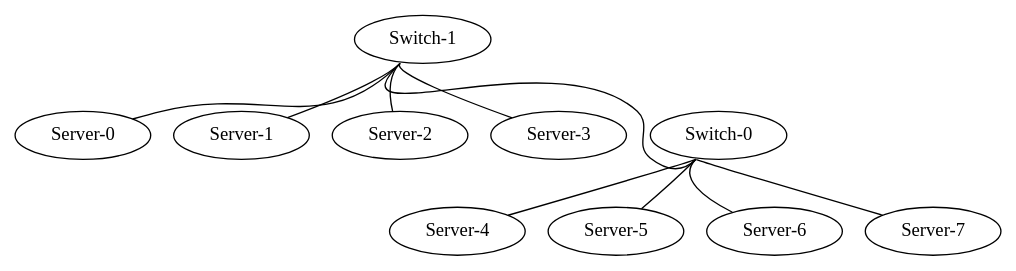
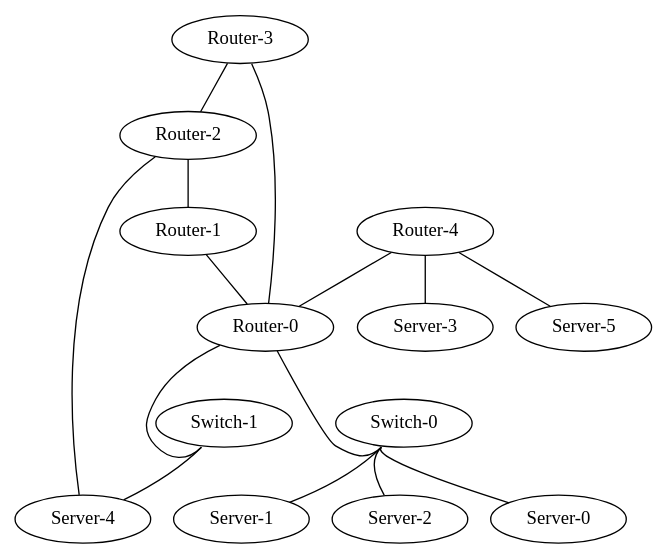
One commit to matferronato/TopologyGen changed the diagram in TopologyGen/TopologyInfo/topology.dot. Above: the diagram before and after it, drawn with Graphviz. The commit also changed 386 other files, not shown here.

```diff
--- a/TopologyGen/TopologyInfo/topology.dot
+++ b/TopologyGen/TopologyInfo/topology.dot
@@ -1,21 +1,29 @@
 graph vx {
+"Router-0" [function="leaf" vagrant="eth1" os="hashicorp/bionic64" version="1.0.282" memory="500" config="./helper_scripts/config_production_switch.sh" ]
+"Router-1" [function="leaf" vagrant="eth1" os="hashicorp/bionic64" version="1.0.282" memory="500" config="./helper_scripts/config_production_switch.sh" ]
+"Router-2" [function="leaf" vagrant="eth1" os="hashicorp/bionic64" version="1.0.282" memory="500" config="./helper_scripts/config_production_switch.sh" ]
+"Router-3" [function="leaf" vagrant="eth1" os="hashicorp/bionic64" version="1.0.282" memory="500" config="./helper_scripts/config_production_switch.sh" ]
+"Router-4" [function="leaf" vagrant="eth1" os="hashicorp/bionic64" version="1.0.282" memory="500" config="./helper_scripts/config_production_switch.sh" ]
 "Server-0" [function="leaf" vagrant="eth1" os="hashicorp/bionic64" version="1.0.282" memory="500" config="./helper_scripts/config_production_switch.sh" ]
 "Server-1" [function="leaf" vagrant="eth1" os="hashicorp/bionic64" version="1.0.282" memory="500" config="./helper_scripts/config_production_switch.sh" ]
 "Server-2" [function="leaf" vagrant="eth1" os="hashicorp/bionic64" version="1.0.282" memory="500" config="./helper_scripts/config_production_switch.sh" ]
 "Server-3" [function="leaf" vagrant="eth1" os="hashicorp/bionic64" version="1.0.282" memory="500" config="./helper_scripts/config_production_switch.sh" ]
 "Server-4" [function="leaf" vagrant="eth1" os="hashicorp/bionic64" version="1.0.282" memory="500" config="./helper_scripts/config_production_switch.sh" ]
 "Server-5" [function="leaf" vagrant="eth1" os="hashicorp/bionic64" version="1.0.282" memory="500" config="./helper_scripts/config_production_switch.sh" ]
-"Server-6" [function="leaf" vagrant="eth1" os="hashicorp/bionic64" version="1.0.282" memory="500" config="./helper_scripts/config_production_switch.sh" ]
-"Server-7" [function="leaf" vagrant="eth1" os="hashicorp/bionic64" version="1.0.282" memory="500" config="./helper_scripts/config_production_switch.sh" ]
 "Switch-0" [function="leaf" vagrant="eth1" os="hashicorp/bionic64" version="1.0.282" memory="500" config="./helper_scripts/config_production_switch.sh" ]
 "Switch-1" [function="leaf" vagrant="eth1" os="hashicorp/bionic64" version="1.0.282" memory="500" config="./helper_scripts/config_production_switch.sh" ]
-"Switch-0":"swp1" -- "Server-7":"eth50"
-"Switch-0":"swp2" -- "Server-6":"eth50"
-"Switch-0":"swp3" -- "Server-5":"eth50"
-"Switch-0":"swp4" -- "Server-4":"eth50"
-"Switch-1":"swp1" -- "Server-3":"eth50"
-"Switch-1":"swp2" -- "Server-2":"eth50"
-"Switch-1":"swp3" -- "Server-1":"eth50"
-"Switch-1":"swp4" -- "Server-0":"eth50"
-"Switch-1":"swp50" -- "Switch-0":"swp50"
+"Router-4":"eth1" -- "Server-5":"eth100"
+"Switch-1":"swp1" -- "Server-4":"eth50"
+"Switch-0":"swp1" -- "Server-2":"eth50"
+"Router-0":"eth50" -- "Switch-0":"swp100"
+"Switch-0":"swp2" -- "Server-1":"eth50"
+"Switch-0":"swp3" -- "Server-0":"eth50"
+"Router-0":"eth51" -- "Switch-1":"swp100"
+"Router-4":"eth100" -- "Router-0":"eth100"
+"Router-2":"eth1" -- "Server-4":"eth100"
+"Router-1":"eth100" -- "Router-0":"eth101"
+"Router-2":"eth100" -- "Router-1":"eth101"
+"Router-3":"eth100" -- "Router-0":"eth102"
+"Router-3":"eth101" -- "Router-2":"eth101"
+"Router-4":"eth2" -- "Server-3":"eth100"
 }
```
